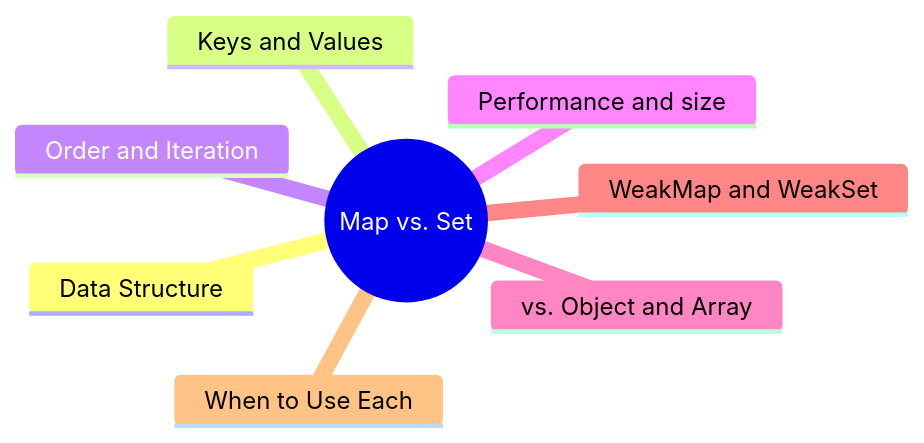
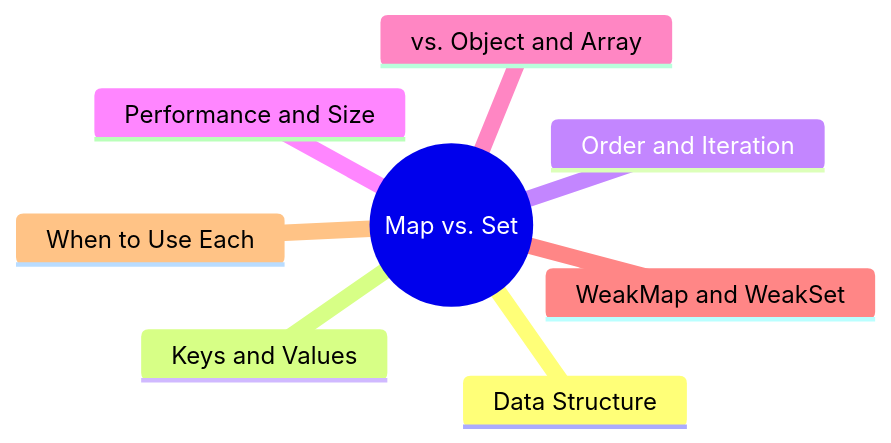
One commit to Charmying/blog changed the diagram in src/posts/en/javascript-map-vs.-set.mdx. Above: the diagram before and after it, drawn with Mermaid. The commit also changed other lines of this file and 157 other files, not shown here.

````diff
--- a/src/posts/en/javascript-map-vs.-set.mdx
+++ b/src/posts/en/javascript-map-vs.-set.mdx
@@ -16,11 +16,11 @@
 ```mermaid
 mindmap
   	root((Map vs. Set))
     	Data Structure
     	Keys and Values
     	Order and Iteration
-    	Performance and size
+    	Performance and Size
     	vs. Object and Array
     	WeakMap and WeakSet
     	When to Use Each
 ```
````
